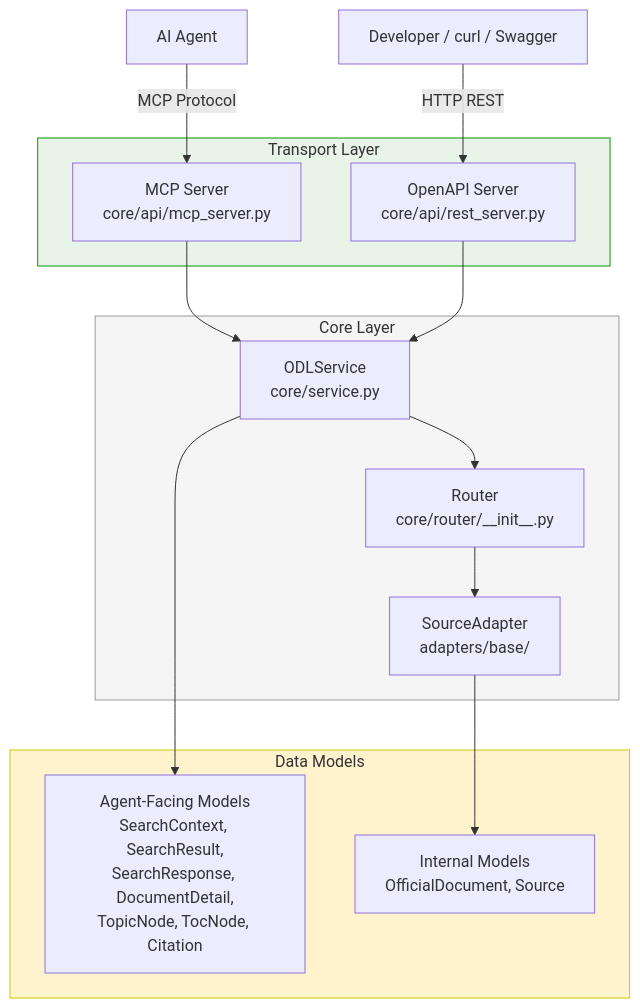
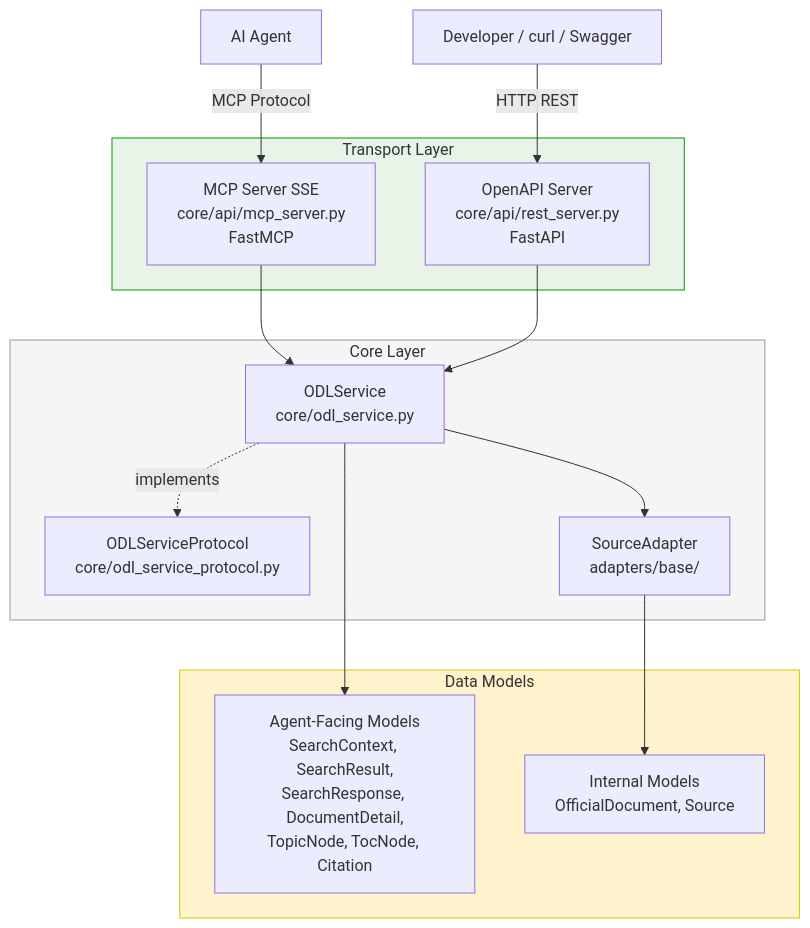
The diagram in plans/plan.md (igorvolk1961/gov_data_layer), drawn with Mermaid before and after one commit. The commit also changed other lines of this file and 7 other files, not shown here.

````diff
--- a/plans/plan.md
+++ b/plans/plan.md
@@ -131,34 +252,34 @@
 ```mermaid
 flowchart TB
     subgraph Transports["Transport Layer"]
-        MCP["MCP Server<br/>core/api/mcp_server.py"]
-        REST["OpenAPI Server<br/>core/api/rest_server.py"]
+        MCP["MCP Server SSE<br/>core/api/mcp_server.py<br/>FastMCP"]
+        REST["OpenAPI Server<br/>core/api/rest_server.py<br/>FastAPI"]
     end
 
     subgraph Core["Core Layer"]
-        ODL["ODLService<br/>core/service.py"]
-        Router["Router<br/>core/router/__init__.py"]
+        Proto["ODLServiceProtocol<br/>core/odl_service_protocol.py"]
+        ODL["ODLService<br/>core/odl_service.py"]
         Adapters["SourceAdapter<br/>adapters/base/"]
     end
 
     subgraph Models["Data Models"]
         AgentFacing["Agent-Facing Models<br/>SearchContext, SearchResult,<br/>SearchResponse, DocumentDetail,<br/>TopicNode, TocNode, Citation"]
         Internal["Internal Models<br/>OfficialDocument, Source"]
     end
 
     AgentAI["AI Agent"] -->|MCP Protocol| MCP
     DevTools["Developer / curl / Swagger"] -->|HTTP REST| REST
 
     MCP --> ODL
     REST --> ODL
+    ODL -.->|implements| Proto
 
-    ODL --> Router
-    Router --> Adapters
+    ODL --> Adapters
     Adapters --> Internal
 
     ODL --> AgentFacing
 
     style Transports fill:#e8f4e8,stroke:#090
     style Core fill:#f5f5f5,stroke:#999
     style Models fill:#fff3cd,stroke:#cc0
 ```
````
